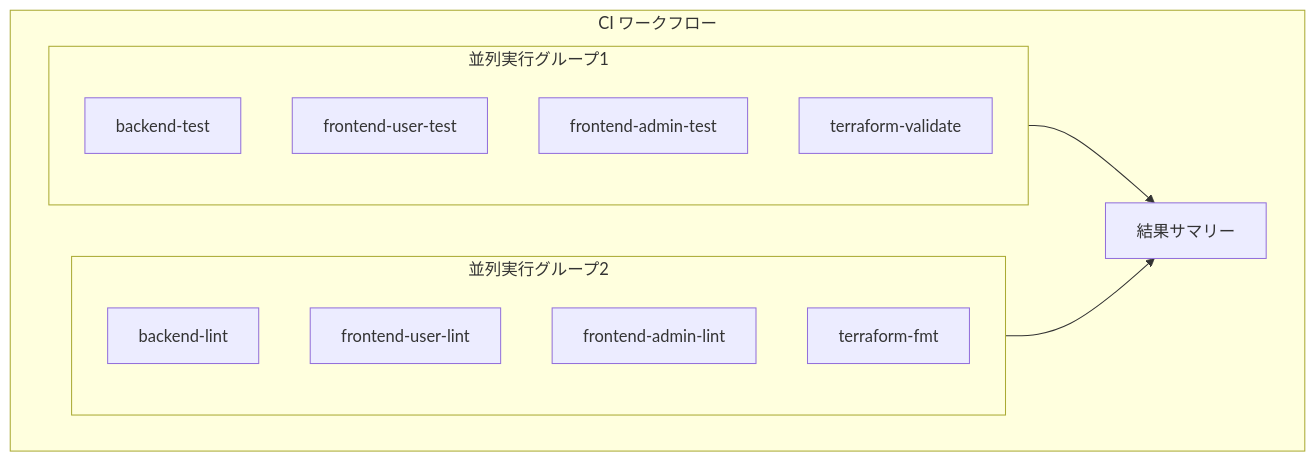
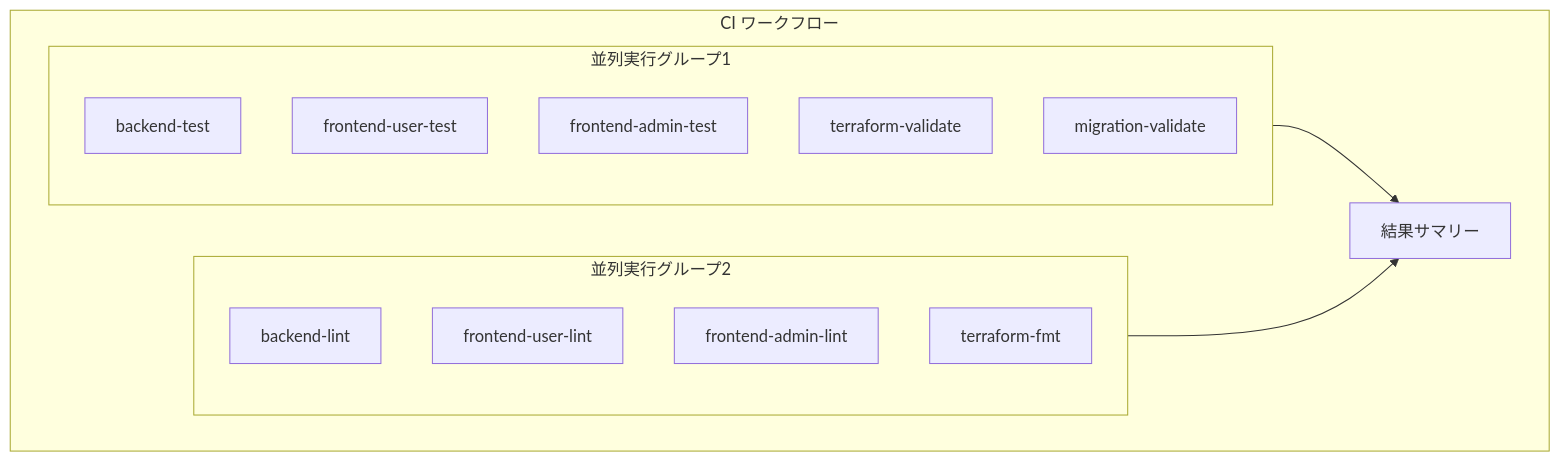
Before and after one commit to MizukiAono/zousho: the fifth of 14 diagrams in docs/cicd-design.md, drawn with Mermaid. The commit also changed other lines of this file and 2 other files, not shown here.

````diff
--- a/docs/cicd-design.md
+++ b/docs/cicd-design.md
@@ -129,23 +132,24 @@
 ```mermaid
 flowchart TB
     subgraph CI["CI ワークフロー"]
         subgraph Parallel1["並列実行グループ1"]
             Backend["backend-test"]
             FrontendUser["frontend-user-test"]
             FrontendAdmin["frontend-admin-test"]
             Terraform["terraform-validate"]
+            MigrationCheck["migration-validate"]
         end
 
         subgraph Parallel2["並列実行グループ2"]
             BackendLint["backend-lint"]
             FrontendUserLint["frontend-user-lint"]
             FrontendAdminLint["frontend-admin-lint"]
             TerraformLint["terraform-fmt"]
         end
 
         Summary["結果サマリー"]
     end
 
     Parallel1 --> Summary
     Parallel2 --> Summary
 ```
````
